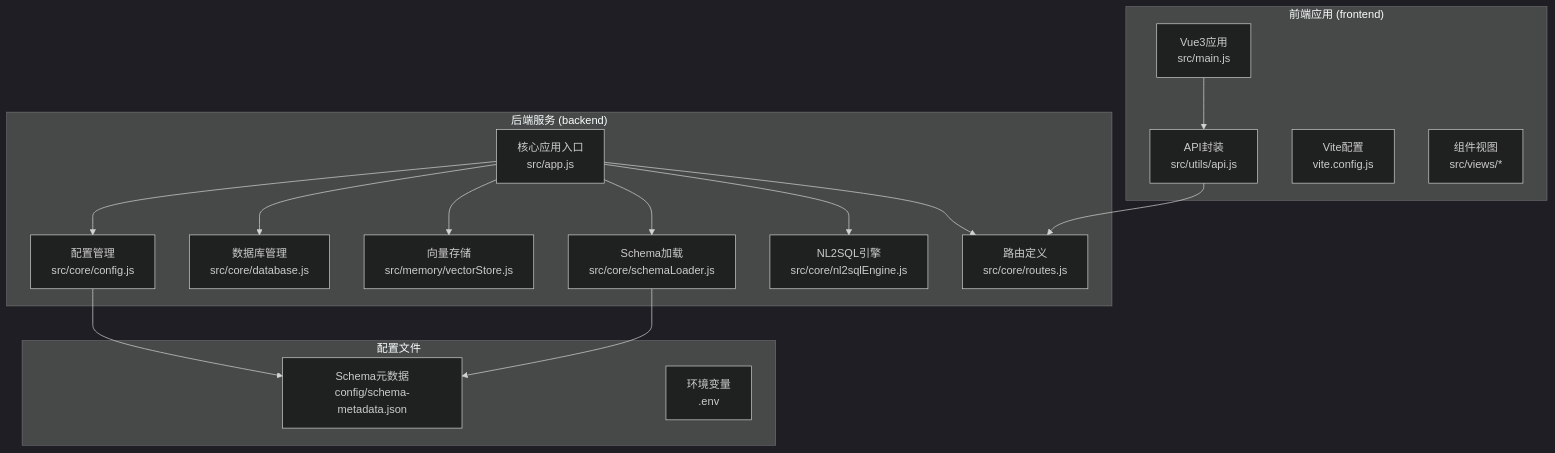
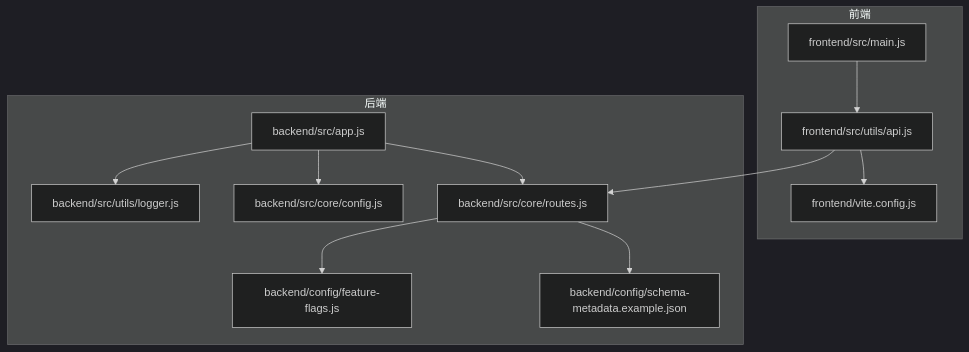
Before and after one commit to HanHuiOnLine/724-office: the first of 5 diagrams in NL2SQL/.qoder/repowiki/zh/content/快速开始.md, drawn with Mermaid (dark theme). The commit also changed other lines of this file and 170 other files, not shown here.

````diff
--- a/NL2SQL/.qoder/repowiki/zh/content/快速开始.md
+++ b/NL2SQL/.qoder/repowiki/zh/content/快速开始.md
@@ -42,32 +46,24 @@
 ```mermaid
 graph TB
-subgraph "后端服务 (backend)"
-A[核心应用入口<br/>src/app.js]
-B[配置管理<br/>src/core/config.js]
-C[数据库管理<br/>src/core/database.js]
-D[向量存储<br/>src/memory/vectorStore.js]
-E[Schema加载<br/>src/core/schemaLoader.js]
-F[NL2SQL引擎<br/>src/core/nl2sqlEngine.js]
-G[路由定义<br/>src/core/routes.js]
+subgraph "前端"
+FE_Main["frontend/src/main.js"]
+FE_API["frontend/src/utils/api.js"]
+FE_Vite["frontend/vite.config.js"]
 end
-subgraph "前端应用 (frontend)"
-H[Vue3应用<br/>src/main.js]
-I[API封装<br/>src/utils/api.js]
-J[Vite配置<br/>vite.config.js]
-K[组件视图<br/>src/views/*]
+subgraph "后端"
+BE_App["backend/src/app.js"]
+BE_Routes["backend/src/core/routes.js"]
+BE_Config["backend/src/core/config.js"]
+BE_FeatureFlags["backend/config/feature-flags.js"]
+BE_Schema["backend/config/schema-metadata.example.json"]
+BE_Logger["backend/src/utils/logger.js"]
 end
-subgraph "配置文件"
-L[Schema元数据<br/>config/schema-metadata.json]
-M[环境变量<br/>.env]
-end
-A --> B
-A --> C
-A --> D
-A --> E
-A --> F
-A --> G
-H --> I
-I --> G
-B --> L
-E --> L
+FE_Main --> FE_API
+FE_API --> FE_Vite
+FE_API --> BE_Routes
+BE_App --> BE_Routes
+BE_App --> BE_Config
+BE_App --> BE_Logger
+BE_Routes --> BE_Schema
+BE_Routes --> BE_FeatureFlags
 ```
````
